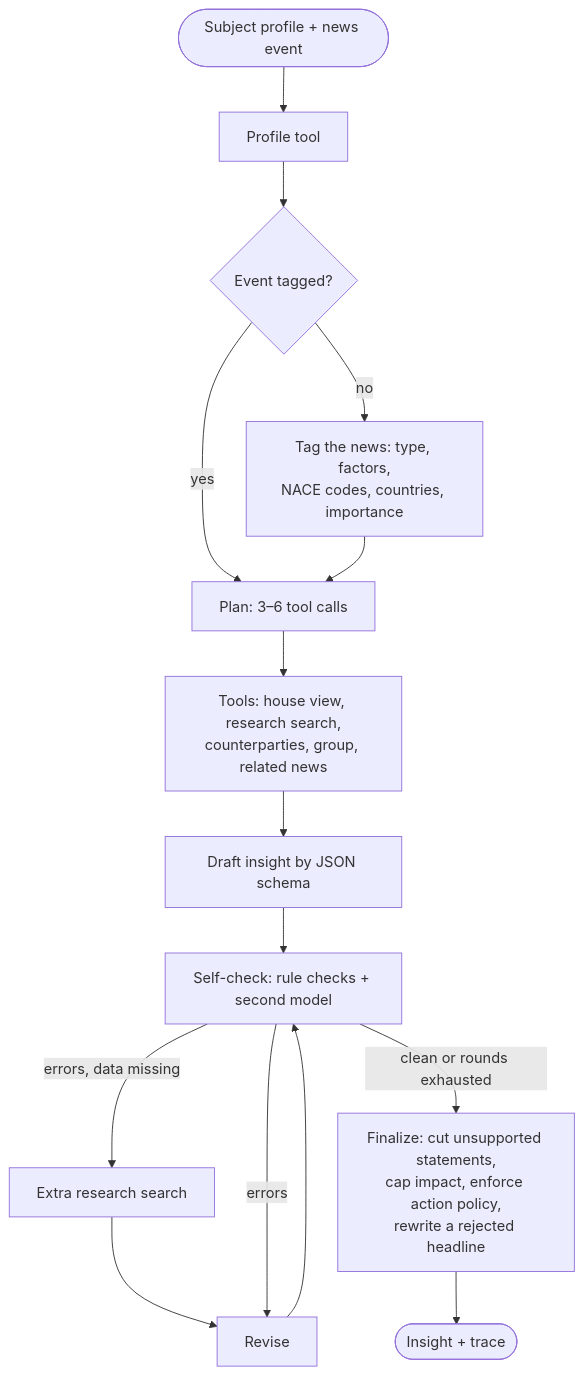
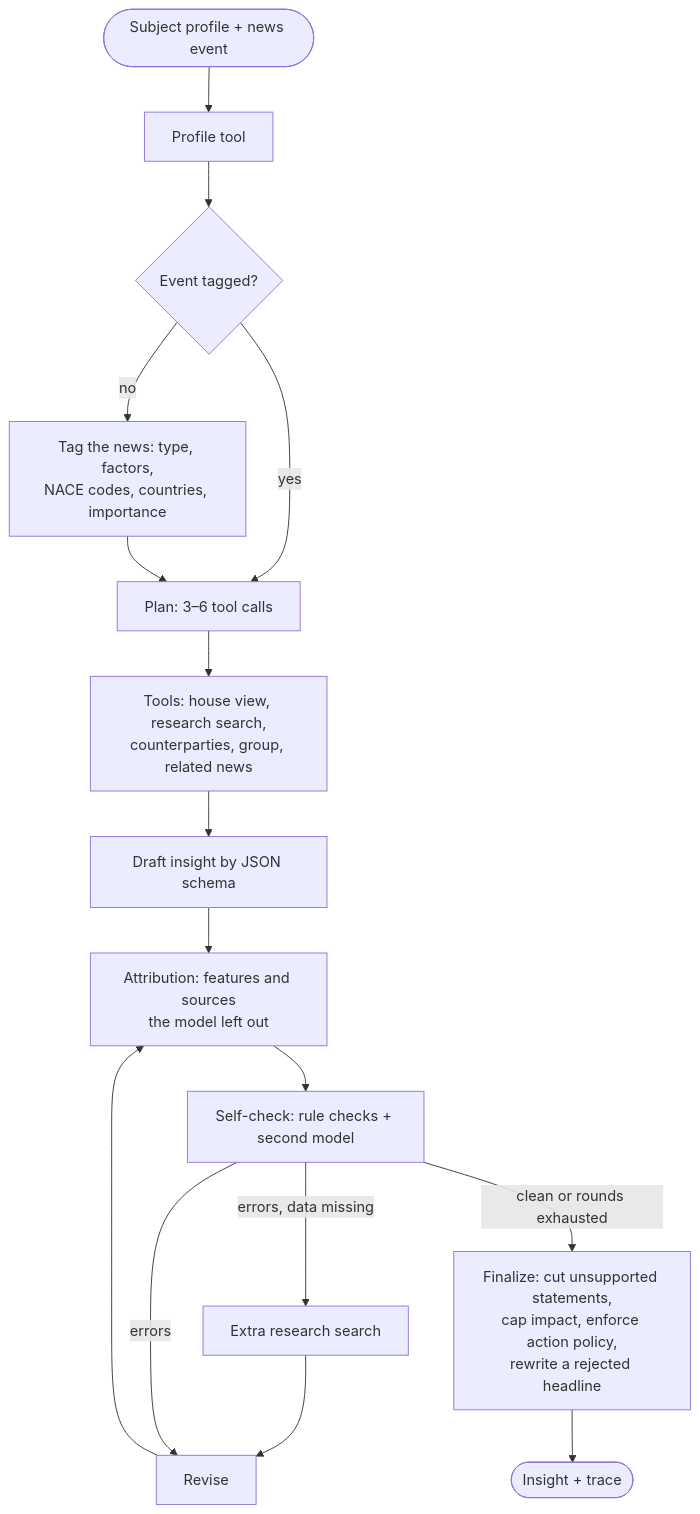
The diagram in README.md (Rinneway/refract), drawn with Mermaid before and after one commit. The commit also changed other lines of this file and 22 other files, not shown here.

````diff
--- a/README.md
+++ b/README.md
@@ -50,17 +50,18 @@
 ```mermaid
 flowchart TB
     IN([Subject profile + news event]) --> P[Profile tool]
     P --> T{Event tagged?}
     T -- no --> C[Tag the news: type, factors,<br/>NACE codes, countries, importance]
     T -- yes --> PL
     C --> PL[Plan: 3–6 tool calls]
     PL --> TL[Tools: house view, research search,<br/>counterparties, group, related news]
     TL --> D[Draft insight by JSON schema]
-    D --> V[Self-check: rule checks + second model]
+    D --> A[Attribution: features and sources<br/>the model left out]
+    A --> V[Self-check: rule checks + second model]
     V -- errors, data missing --> M[Extra research search]
     M --> R[Revise]
     V -- errors --> R
-    R --> V
+    R --> A
     V -- clean or rounds exhausted --> F[Finalize: cut unsupported statements,<br/>cap impact, enforce action policy,<br/>rewrite a rejected headline]
     F --> OUT([Insight + trace])
 ```
````
